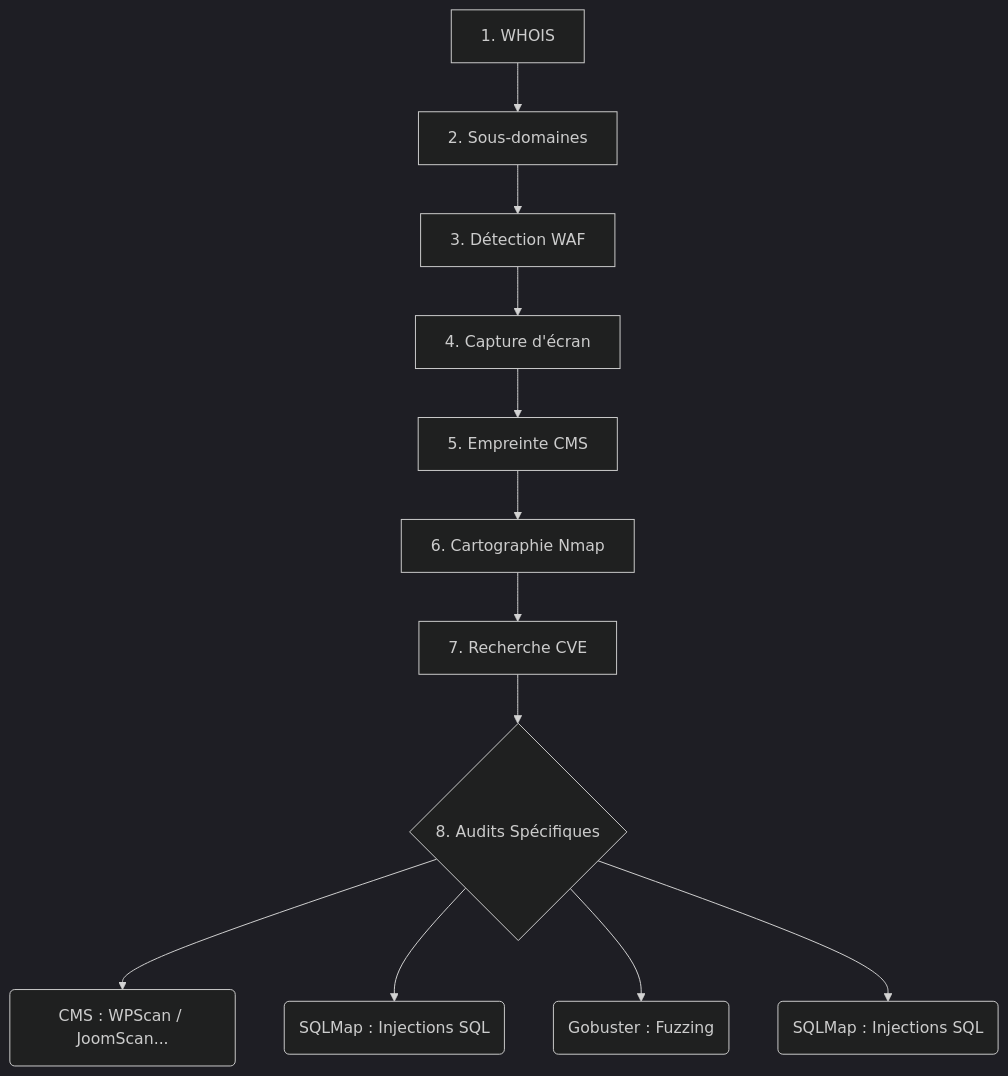
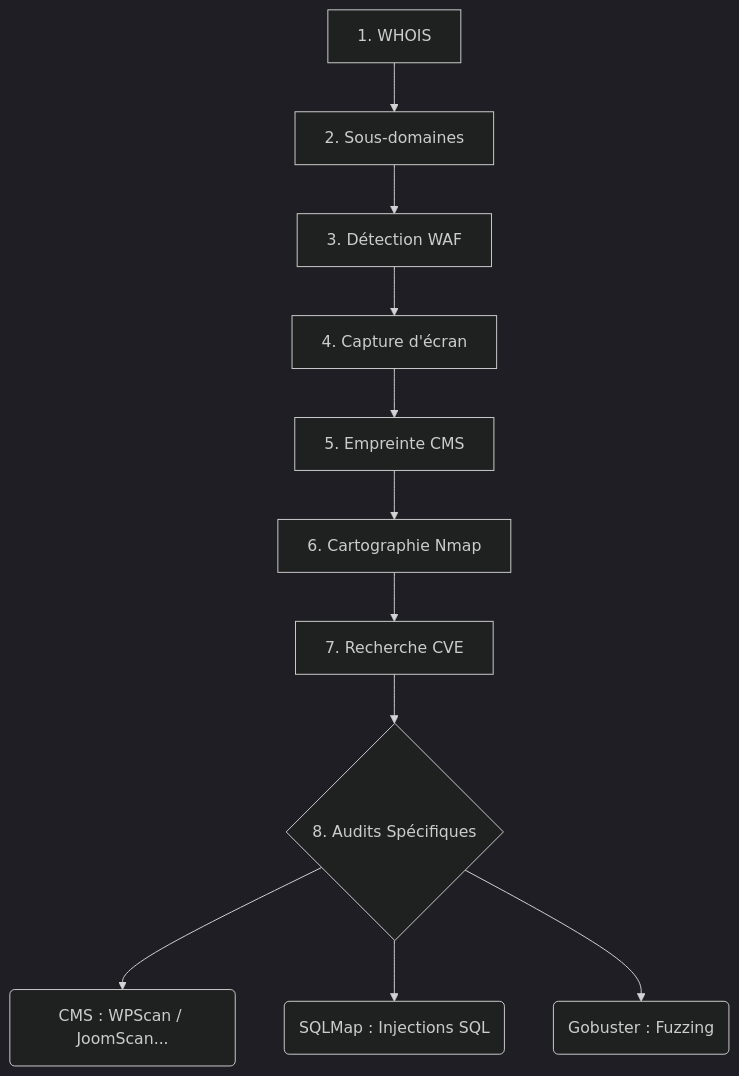
The first of 2 diagrams in README.md (Ronan-Bozoc-cyber/matrix-scanner), drawn with Mermaid (dark theme) before and after one commit.

Commit message:
Mise à jour du fichier README (correction d'un doublon dans le schéma Mermaid)

````diff
--- a/README.md
+++ b/README.md
@@ -110,14 +110,14 @@
 ```mermaid
 graph TD
     A[1. WHOIS] --> B[2. Sous-domaines]
     B --> C[3. Détection WAF]
     C --> D[4. Capture d'écran]
     D --> E[5. Empreinte CMS]
     E --> F[6. Cartographie Nmap]
     F --> G[7. Recherche CVE]
     G --> H{8. Audits Spécifiques}
     H --> I(CMS : WPScan / JoomScan...)
     H --> J(SQLMap : Injections SQL)
     H --> K(Gobuster : Fuzzing)
-    H --> L(SQLMap : Injections SQL)
+   
 ```
````
